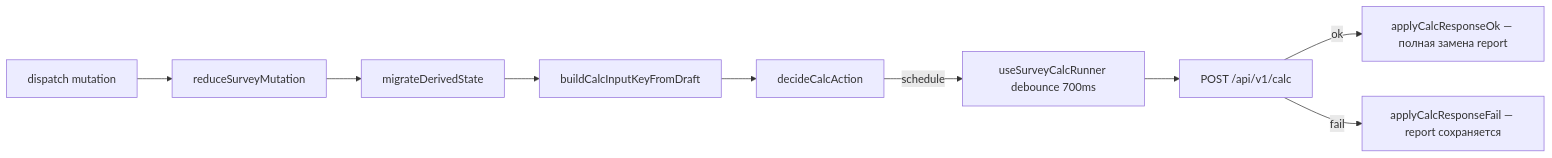
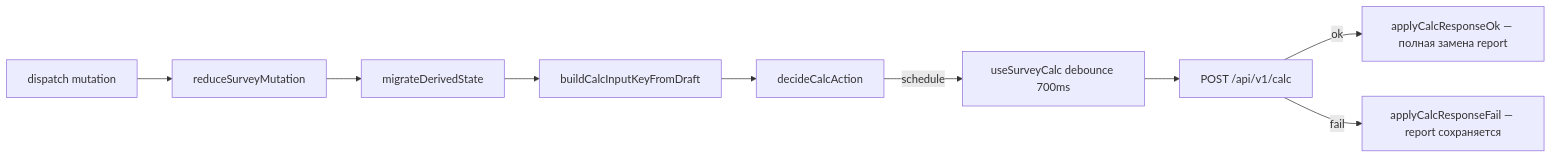
Before and after one commit to MichaelPopov62/heating-equipment-selection-service: the diagram in docs/frontend-calc-runner.md, drawn with Mermaid. The commit also changed other lines of this file and 41 other files, not shown here.

````diff
--- a/docs/frontend-calc-runner.md
+++ b/docs/frontend-calc-runner.md
@@ -26,11 +29,11 @@
 ```mermaid
 flowchart LR
   UI[dispatch mutation] --> Reduce[reduceSurveyMutation]
   Reduce --> Migrate[migrateDerivedState]
   Migrate --> Key[buildCalcInputKeyFromDraft]
   Key --> Decide[decideCalcAction]
-  Decide -->|schedule| Runner[useSurveyCalcRunner debounce 700ms]
-  Runner --> API[POST /api/v1/calc]
+  Decide -->|schedule| CalcRQ[useSurveyCalc debounce 700ms]
+  CalcRQ --> API[POST /api/v1/calc]
   API -->|ok| ApplyOk[applyCalcResponseOk — полная замена report]
   API -->|fail| ApplyFail[applyCalcResponseFail — report сохраняется]
 ```
````
